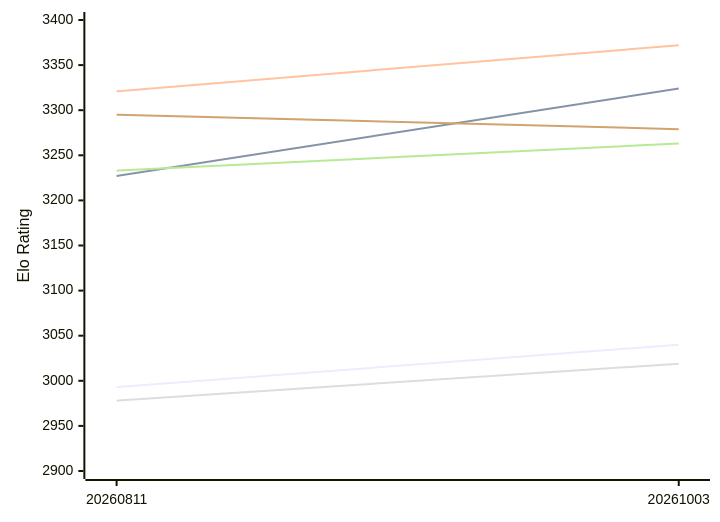
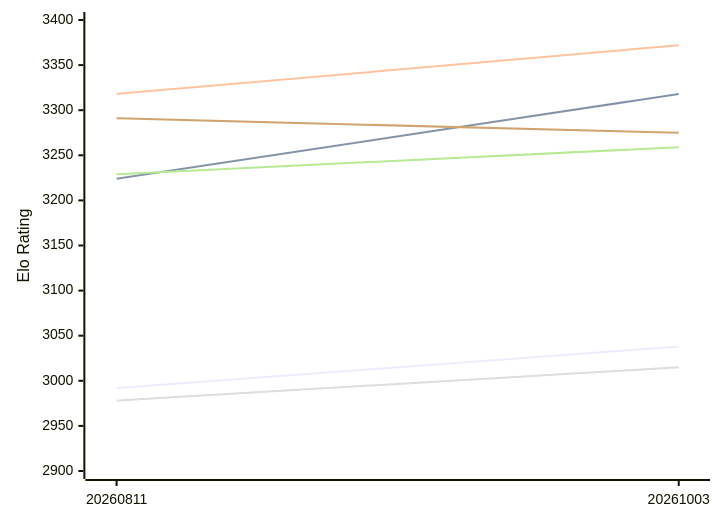
The first of 2 diagrams in engines/Askaig.md (computer-chess-index/cci), drawn with Mermaid before and after one commit. The commit also changed other lines of this file, not shown here.

Commit message:
Update CCI Ratings (ELO VLTC) - 2026-11-19

````diff
--- a/engines/Askaig.md
+++ b/engines/Askaig.md
@@ -52,12 +52,12 @@
 ```mermaid
 %%{init: {"theme":"base","themeVariables":{"seriesColors:['#a3a3a3','#222221','#faa371']}}}%%
 xychart-beta
   x-axis ["20260811", "20261003"]
   y-axis "Elo Rating" 2900 --> 3400
-  line "E1: STC (8.0+0.08s)" [2993, 3040]
-  line "E1: LTC (60.0+0.60s)" [3227, 3324]
-  line "E1: VLTC (2m24s+1.12s)" [3321, 3372]
-  line "P1: STC (8.0+0.08s)" [2978, 3019]
-  line "P1: LTC (60.0+0.60s)" [3233, 3263]
-  line "P1: VLTC (2m24s+1.12s)" [3295, 3279]
+  line "E1: STC (8.0+0.08s)" [2992, 3038]
+  line "E1: LTC (60.0+0.60s)" [3224, 3318]
+  line "E1: VLTC (2m24s+1.12s)" [3318, 3372]
+  line "P1: STC (8.0+0.08s)" [2978, 3015]
+  line "P1: LTC (60.0+0.60s)" [3229, 3259]
+  line "P1: VLTC (2m24s+1.12s)" [3291, 3275]
 ```
````
